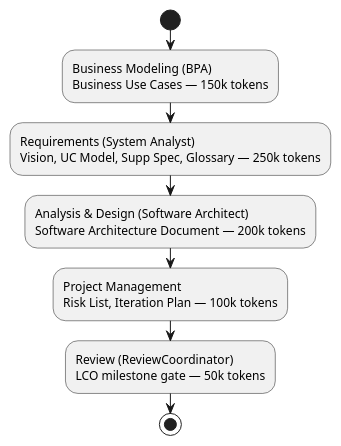
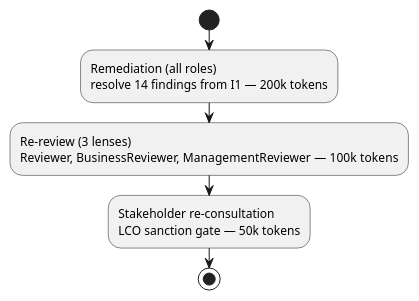
Before and after one commit to banense-test/trademe: the second of 2 diagrams in docs/artifacts/project-management/iteration-plan.md, drawn with PlantUML. The commit also changed other lines of this file, not shown here.

First line of the commit message:
Project Manager [I2]: upsert Iteration Plan

````diff
--- a/docs/artifacts/project-management/iteration-plan.md
+++ b/docs/artifacts/project-management/iteration-plan.md
@@ -51,11 +51,9 @@
 ```plantuml
 @startuml
 start
-:Business Modeling (BPA)\nBusiness Use Cases — 150k tokens;
-:Requirements (System Analyst)\nVision, UC Model, Supp Spec, Glossary — 250k tokens;
-:Analysis & Design (Software Architect)\nSoftware Architecture Document — 200k tokens;
-:Project Management\nRisk List, Iteration Plan — 100k tokens;
-:Review (ReviewCoordinator)\nLCO milestone gate — 50k tokens;
+:Remediation (all roles)\nresolve 14 findings from I1 — 200k tokens;
+:Re-review (3 lenses)\nReviewer, BusinessReviewer, ManagementReviewer — 100k tokens;
+:Stakeholder re-consultation\nLCO sanction gate — 50k tokens;
 stop
 @enduml
 ```
````
